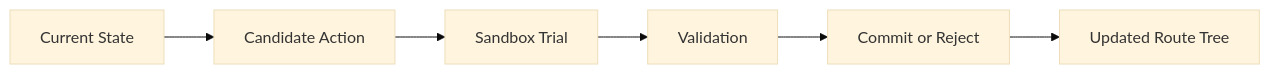
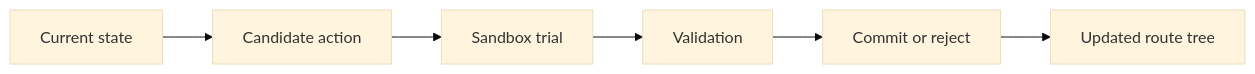
One commit to ChazenLi/Rachel changed the third of 4 diagrams in readme.md. Above: the diagram before and after it, drawn with Mermaid (base theme). The commit also changed other lines of this file, not shown here.

````diff
--- a/readme.md
+++ b/readme.md
@@ -75,8 +150,8 @@
 ```mermaid
 flowchart LR
-    A["Current State"] --> B["Candidate Action"]
-    B --> C["Sandbox Trial"]
+    A["Current state"] --> B["Candidate action"]
+    B --> C["Sandbox trial"]
     C --> D["Validation"]
-    D --> E["Commit or Reject"]
-    E --> F["Updated Route Tree"]
+    D --> E["Commit or reject"]
+    E --> F["Updated route tree"]
 ```
````
